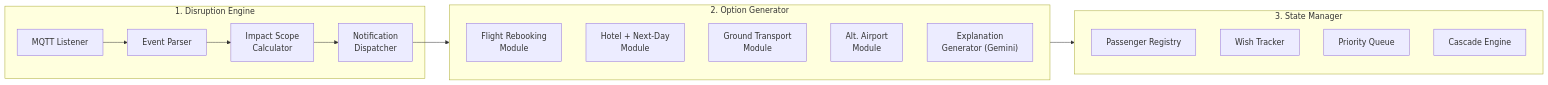
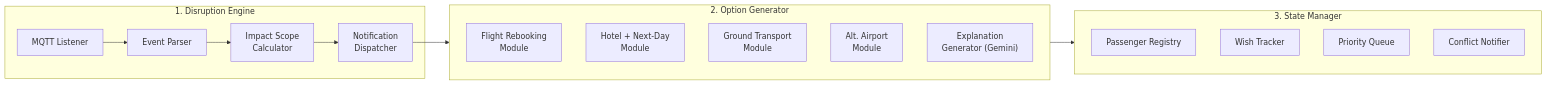
The second of 12 diagrams in docs/architecture.md (sussdorff/soft-landing), drawn with Mermaid before and after one commit. The commit also changed other lines of this file and 2 other files, not shown here.

First line of the commit message:
docs: apply architecture review — parallel roadmap, simplified cascade, simulator-first, gate-agent framing, API contract

````diff
--- a/docs/architecture.md
+++ b/docs/architecture.md
@@ -54,29 +54,29 @@
 ```mermaid
 graph LR
     subgraph DE["1. Disruption Engine"]
         DE_MQTT["MQTT Listener"]
         DE_PARSE["Event Parser"]
         DE_SCOPE["Impact Scope<br/>Calculator"]
         DE_NOTIFY["Notification<br/>Dispatcher"]
     end
 
     DE_MQTT --> DE_PARSE --> DE_SCOPE --> DE_NOTIFY
 
     subgraph OG["2. Option Generator"]
         OG_FLIGHT["Flight Rebooking<br/>Module"]
         OG_HOTEL["Hotel + Next-Day<br/>Module"]
         OG_GROUND["Ground Transport<br/>Module"]
         OG_ALT["Alt. Airport<br/>Module"]
         OG_EXPLAIN["Explanation<br/>Generator (Gemini)"]
     end
 
     subgraph SM["3. State Manager"]
         SM_PAX["Passenger Registry"]
         SM_WISH["Wish Tracker"]
         SM_PRIO["Priority Queue"]
-        SM_CASCADE["Cascade Engine"]
+        SM_CONFLICT["Conflict Notifier"]
     end
 
     DE_NOTIFY --> OG
     OG --> SM
 ```
````
